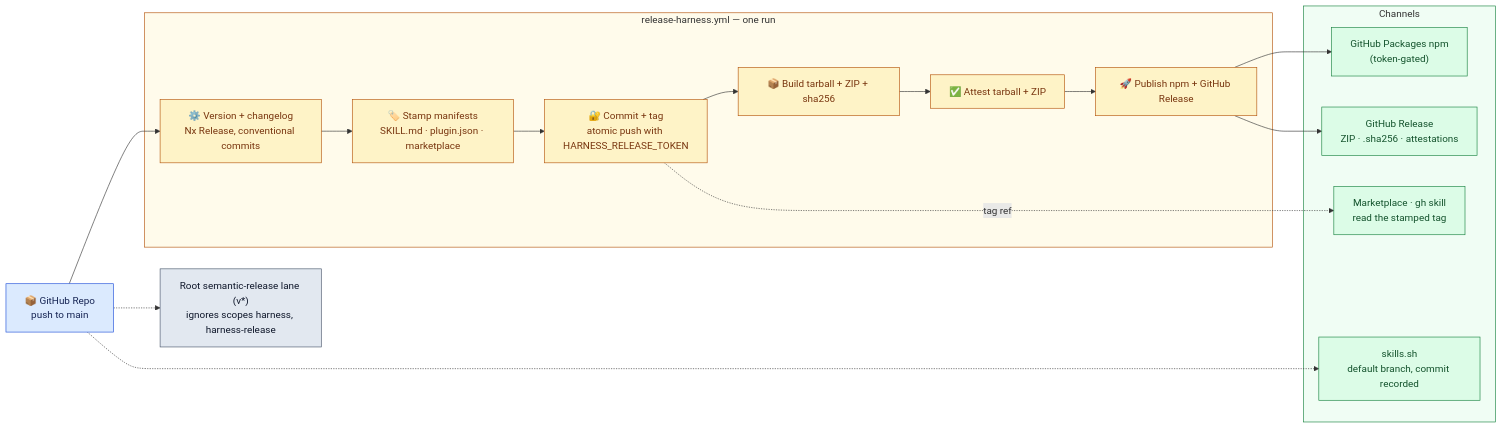
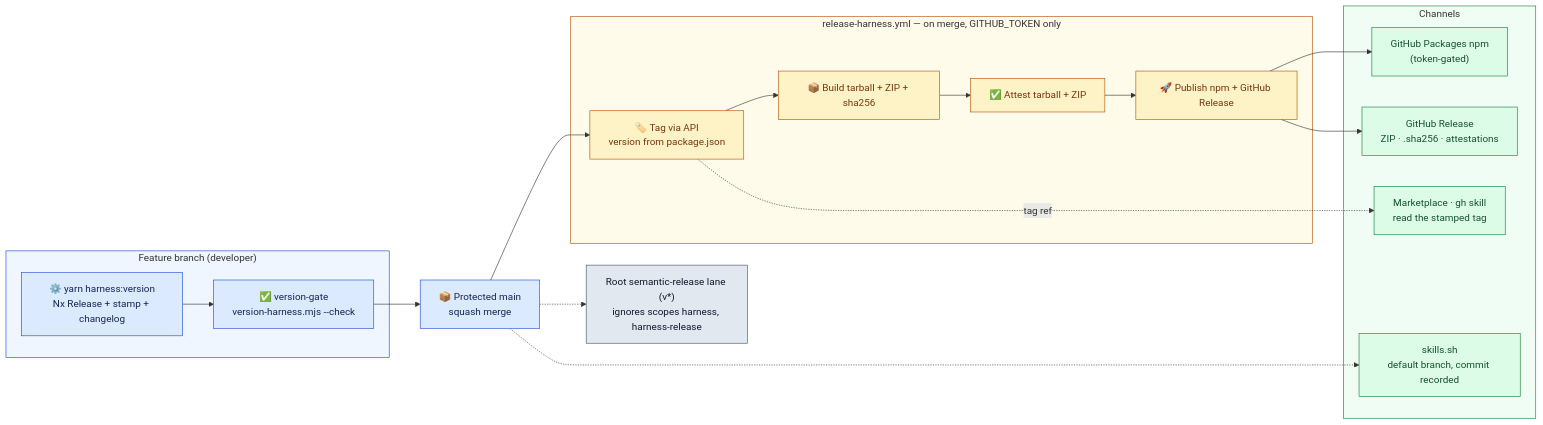
The diagram in docs/Target Architecture (HLD)/v1/Containers/Harness Release Pipeline.md (DataArt/artisyn-implementation-harness), drawn with Mermaid before and after one commit. The commit also changed other lines of this file and 13 other files, not shown here.

First line of the commit message:
docs(release): describe versioning in the PR and publishing on merge

````diff
--- a/docs/Target Architecture (HLD)/v1/Containers/Harness Release Pipeline.md
+++ b/docs/Target Architecture (HLD)/v1/Containers/Harness Release Pipeline.md
@@ -23,36 +13,40 @@
 ```mermaid
 flowchart LR
-    GH["📦 GitHub Repo\npush to main"]:::source
+    subgraph PR ["  Feature branch (developer)  "]
+        HV["⚙️ yarn harness:version\nNx Release + stamp + changelog"]:::source
+        VG["✅ version-gate\nversion-harness.mjs --check"]:::source
+    end
 
-    subgraph PIPE ["  release-harness.yml — one run  "]
-        VER["⚙️ Version + changelog\nNx Release, conventional commits"]:::pipe
-        STAMP["🏷️ Stamp manifests\nSKILL.md · plugin.json · marketplace"]:::pipe
-        PUSH["🔐 Commit + tag\natomic push with HARNESS_RELEASE_TOKEN"]:::pipe
+    subgraph PIPE ["  release-harness.yml — on merge, GITHUB_TOKEN only  "]
+        TAG["🏷️ Tag via API\nversion from package.json"]:::pipe
         BUILD["📦 Build tarball + ZIP + sha256"]:::pipe
         ATT["✅ Attest tarball + ZIP"]:::pipe
         PUB["🚀 Publish npm + GitHub Release"]:::pipe
     end
 
     subgraph CH ["  Channels  "]
         NPM["GitHub Packages npm\n(token-gated)"]:::channel
         REL["GitHub Release\nZIP · .sha256 · attestations"]:::channel
         MK["Marketplace · gh skill\nread the stamped tag"]:::channel
         SKS["skills.sh\ndefault branch, commit recorded"]:::channel
     end
 
     RSR["Root semantic-release lane (v*)\nignores scopes harness, harness-release"]:::separate
 
-    GH --> VER --> STAMP --> PUSH --> BUILD --> ATT --> PUB
+    MAIN["📦 Protected main\nsquash merge"]:::source
+
+    HV --> VG --> MAIN --> TAG --> BUILD --> ATT --> PUB
     PUB --> NPM
     PUB --> REL
-    PUSH -.->|"tag ref"| MK
-    GH -.-> SKS
-    GH -.-> RSR
+    TAG -.->|"tag ref"| MK
+    MAIN -.-> SKS
+    MAIN -.-> RSR
 
     classDef source fill:#DBEAFE,stroke:#1D4ED8,color:#172554
     classDef pipe fill:#FEF3C7,stroke:#B45309,color:#78350F
     classDef channel fill:#DCFCE7,stroke:#15803D,color:#14532D
     classDef separate fill:#E2E8F0,stroke:#475569,color:#0F172A
+    style PR fill:#EFF6FF,stroke:#1D4ED8
     style PIPE fill:#FFFBEB,stroke:#B45309
     style CH fill:#F0FDF4,stroke:#15803D
 ```
````
